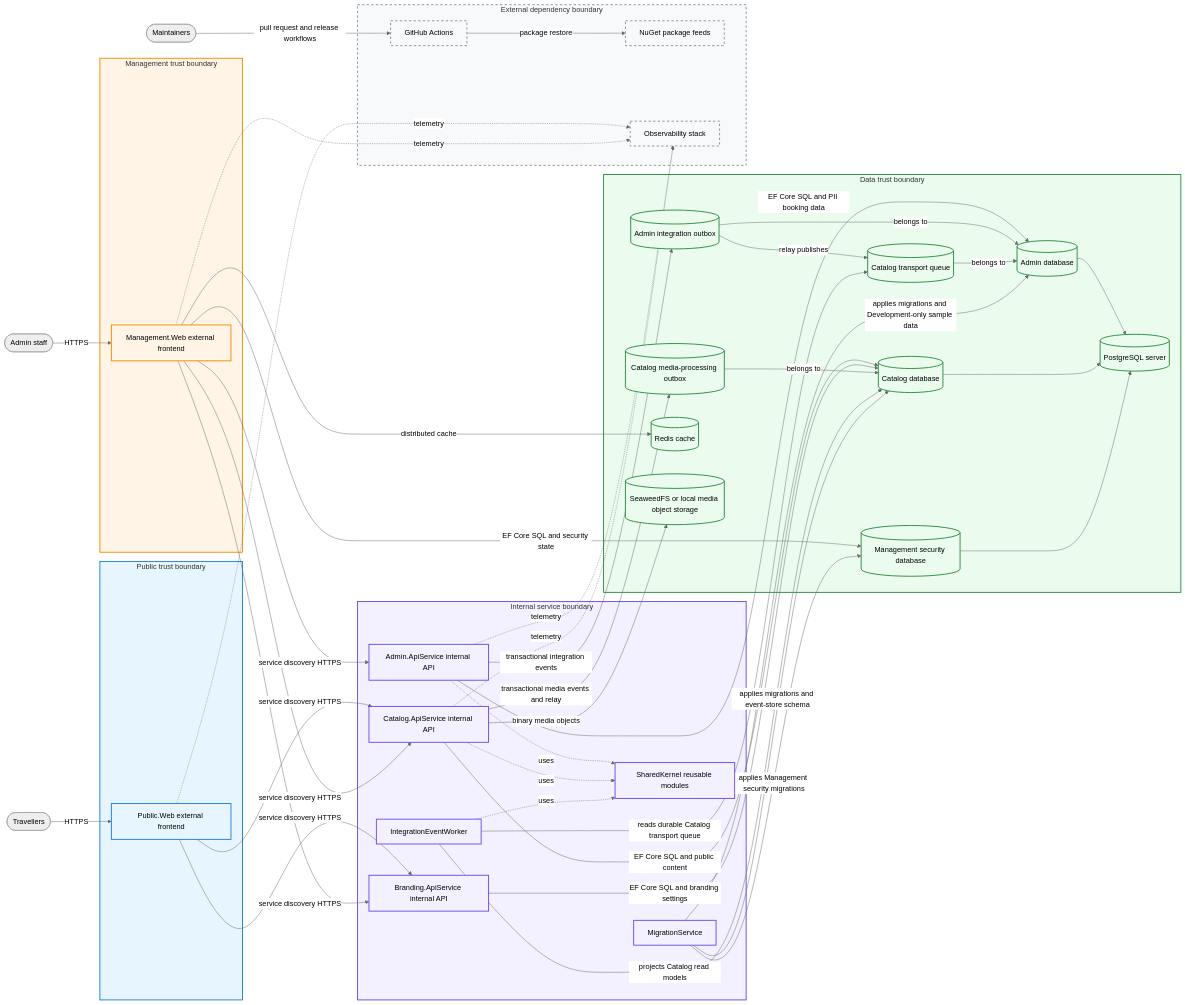
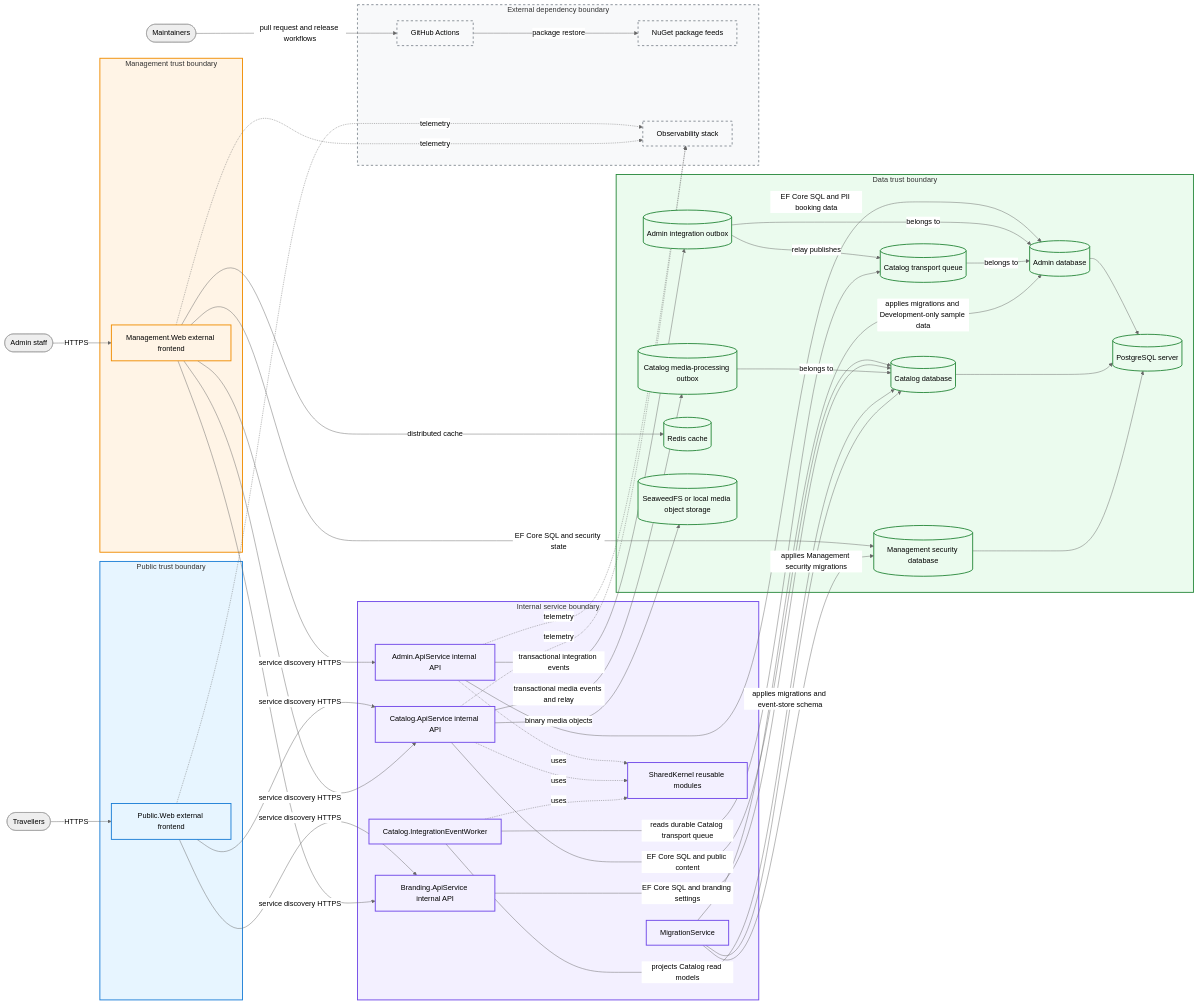
Before and after one commit to danigutsch/ViajantesTurismo: the diagram in docs/architecture/system-overview.md, drawn with Mermaid (neutral theme). The commit also changed 22 other files, not shown here.

First line of the commit message:
refactor(workers)!: make the integration event worker Catalog-owned (#1236)

```diff
--- a/docs/architecture/system-overview.md
+++ b/docs/architecture/system-overview.md
@@ -30,7 +30,7 @@
         adminApi[Admin.ApiService internal API]
         brandingApi[Branding.ApiService internal API]
         catalogApi[Catalog.ApiService internal API]
-        worker[IntegrationEventWorker]
+        worker[Catalog.IntegrationEventWorker]
         migration[MigrationService]
         sharedKernel[SharedKernel reusable modules]
     end
```
